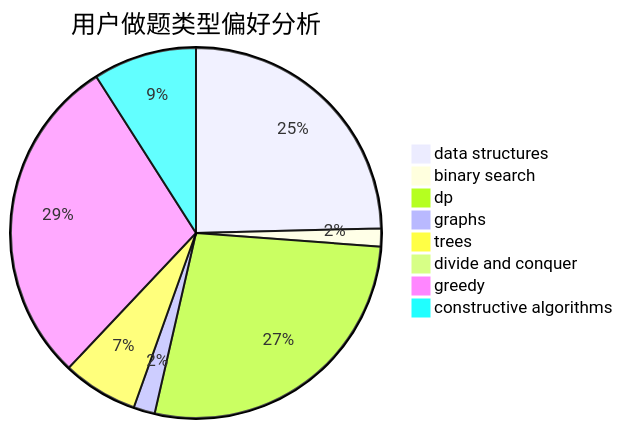
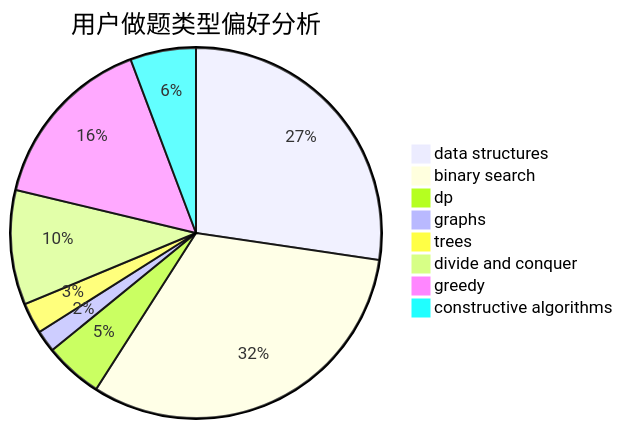
One commit to sherpahu/cfrs.github.io changed the second of 3 diagrams in docs/user/u2241.md. Above: the diagram before and after it, drawn with Mermaid. The commit also changed other lines of this file and 2770 other files, not shown here.

````diff
--- a/docs/user/u2241.md
+++ b/docs/user/u2241.md
@@ -23,11 +23,11 @@
 ```mermaid
 pie title 用户做题类型偏好分析
-    "data structures" :  422
-    "binary search" :  27
-    "dp" :  470
-    "graphs" :  32
-    "trees" :  113
-    "divide and conquer" :  4
-    "greedy" :  496
-    "constructive algorithms" :  155
+    "data structures" :  243
+    "binary search" :  282
+    "dp" :  45
+    "graphs" :  17
+    "trees" :  24
+    "divide and conquer" :  89
+    "greedy" :  138
+    "constructive algorithms" :  51
 ```
````
